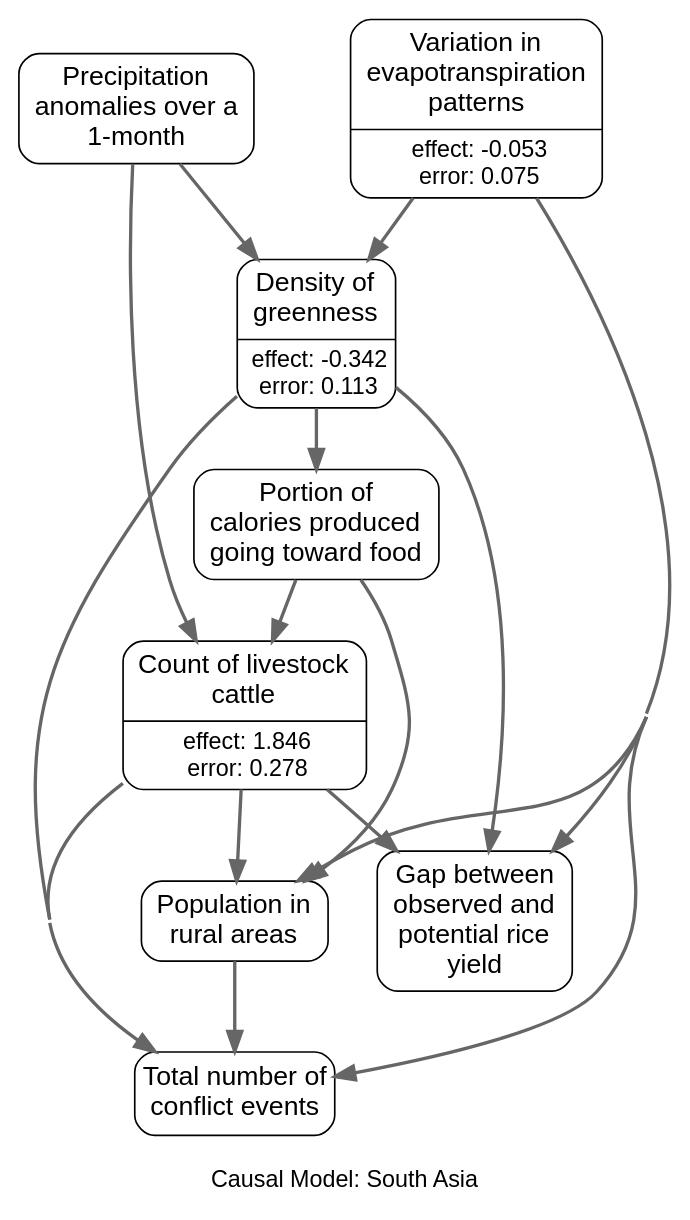
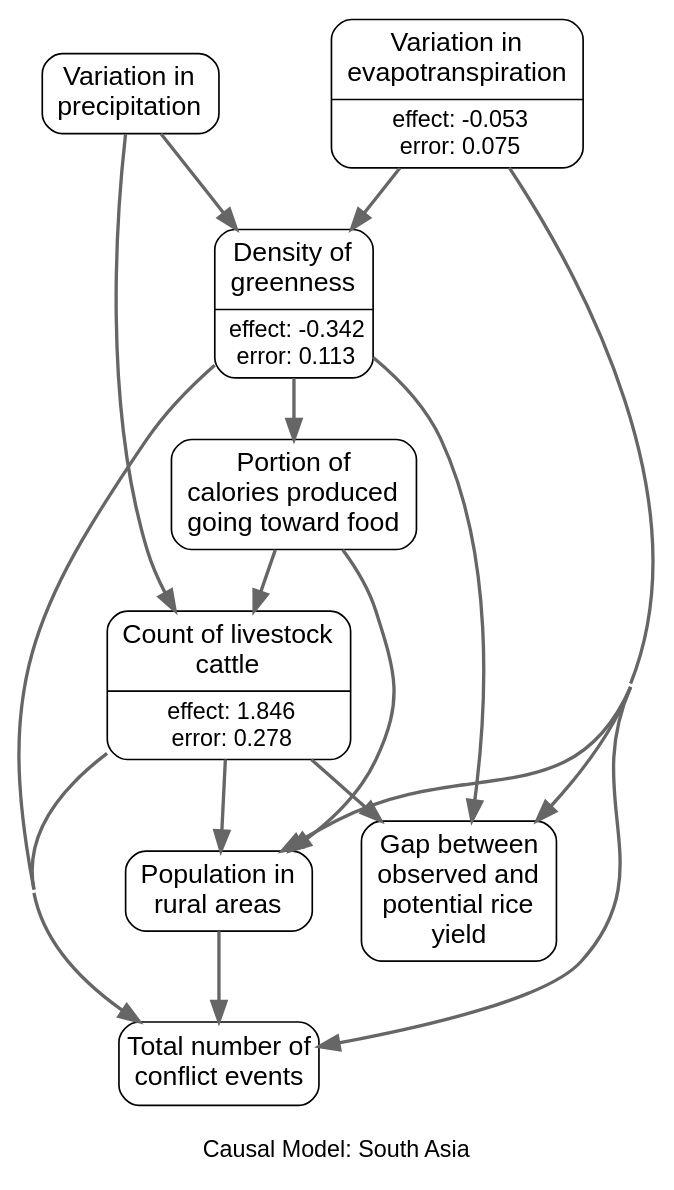
One commit to wri/wri-wpsi changed the diagram in app/javascript/images/regions/causal_graphs/south_asia.gv. Above: the diagram before and after it, drawn with Graphviz. The commit also changed 7 other files, not shown here.

Commit message:
regen graphs

```diff
--- a/app/javascript/images/regions/causal_graphs/south_asia.gv
+++ b/app/javascript/images/regions/causal_graphs/south_asia.gv
@@ -1,67 +1,67 @@
 # generated file for region: south_asia by CausalModelRegionGenerator
 strict digraph causalModel {
 fontname="Helvetica, Arial, sans-serif";
 label="
 Causal Model: South Asia";
 labelloc = b;
 nodesep = 0.4;
 concentrate = true;
 node[shape = Mrecord, fontname = "Helvetica, Arial, sans-serif", margin = "0.10,0.06", penwidth = 1.0];
 edge[arrowsize = 1.2 penwidth = 2 color="#666666"];
 
 # nodes
 et_anom_m_STD_m [label = <{<table align="center" border="0" cellspacing="1" cellpadding="1">
-<tr><td><font point-size="16">Variation in<br/>evapotranspiration<br/>patterns<br/></font></td></tr>
+<tr><td><font point-size="16">Variation in<br/>evapotranspiration<br/></font></td></tr>
 </table>
 |<table border="0" cellspacing="1" cellpadding="0.5"><tr><td><font point-size="14">effect: -0.053</font></td></tr>
 <tr><td><font point-size="14">error: 0.075</font></td></tr></table>}>, class = rankA];
 DeliveredkcalFraction_s [label = <<table align="center" border="0" cellspacing="1" cellpadding="1">
 <tr><td><font point-size="16">Portion of<br/>calories produced<br/>going toward food<br/></font></td></tr>
 </table>
 >, class = rankB];
 ndvi_act_med_m [label = <{<table align="center" border="0" cellspacing="1" cellpadding="1">
 <tr><td><font point-size="16">Density of<br/>greenness<br/></font></td></tr>
 </table>
 |<table border="0" cellspacing="1" cellpadding="0.5"><tr><td><font point-size="14">effect: -0.342</font></td></tr>
 <tr><td><font point-size="14">error: 0.113</font></td></tr></table>}>, class = rankB];
 cattle_number_s [label = <{<table align="center" border="0" cellspacing="1" cellpadding="1">
 <tr><td><font point-size="16">Count of livestock<br/>cattle<br/></font></td></tr>
 </table>
 |<table border="0" cellspacing="1" cellpadding="0.5"><tr><td><font point-size="14">effect: 1.846</font></td></tr>
 <tr><td><font point-size="14">error: 0.278</font></td></tr></table>}>, class = rankB];
 spi_1_f2_m [label = <<table align="center" border="0" cellspacing="1" cellpadding="1">
-<tr><td><font point-size="16">Precipitation<br/>anomalies over a<br/>1-month<br/></font></td></tr>
+<tr><td><font point-size="16">Variation in<br/>precipitation<br/></font></td></tr>
 </table>
 >, class = rankA];
 yield_gap_rice_s [label = <<table align="center" border="0" cellspacing="1" cellpadding="1">
 <tr><td><font point-size="16">Gap between<br/>observed and<br/>potential rice<br/>yield<br/></font></td></tr>
 </table>
 >, class = rankB];
 rurpop_s [label = <<table align="center" border="0" cellspacing="1" cellpadding="1">
 <tr><td><font point-size="16">Population in<br/>rural areas<br/></font></td></tr>
 </table>
 >, class = rankB];
 acl_sum_evnt_m [label = "Total number of
 conflict events" class = rankC shape=box style=rounded fontsize="16pt" margin = "0.05,0.10"];
 
 #ranks
 {rank=same; et_anom_m_STD_m spi_1_f2_m; }
 
 # links
 et_anom_m_STD_m -> ndvi_act_med_m;
 et_anom_m_STD_m -> yield_gap_rice_s;
 et_anom_m_STD_m -> rurpop_s;
 et_anom_m_STD_m -> acl_sum_evnt_m;
 DeliveredkcalFraction_s -> cattle_number_s;
 DeliveredkcalFraction_s -> rurpop_s;
 ndvi_act_med_m -> DeliveredkcalFraction_s;
 ndvi_act_med_m -> yield_gap_rice_s;
 ndvi_act_med_m -> acl_sum_evnt_m;
 cattle_number_s -> yield_gap_rice_s;
 cattle_number_s -> rurpop_s;
 cattle_number_s -> acl_sum_evnt_m;
 spi_1_f2_m -> ndvi_act_med_m;
 spi_1_f2_m -> cattle_number_s;
 rurpop_s -> acl_sum_evnt_m;
 
 }
```
